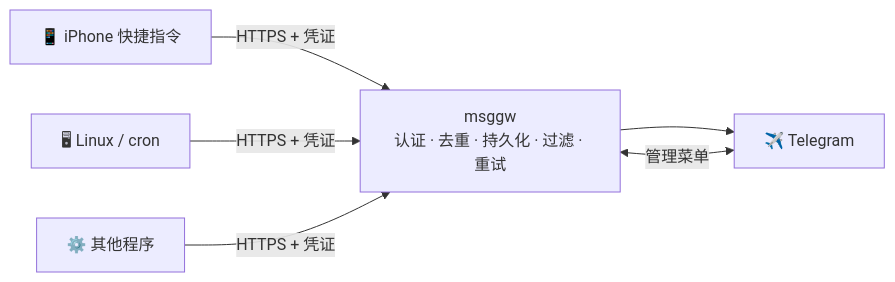
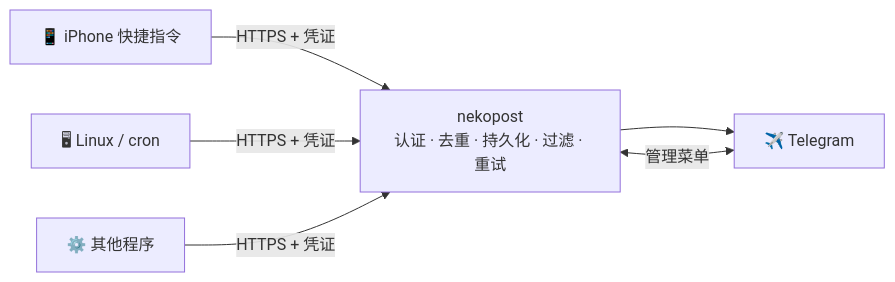
The diagram in README.zh-CN.md (imdrinkcat/nekopost), drawn with Mermaid before and after one commit. The commit also changed other lines of this file and 52 other files, not shown here.

First line of the commit message:
Rename project from msggw to Nekopost

````diff
--- a/README.zh-CN.md
+++ b/README.zh-CN.md
@@ -28,8 +28,8 @@
 ```mermaid
 flowchart LR
     A["📱 iPhone 快捷指令"] -->|HTTPS + 凭证| G
     B["🖥 Linux / cron"] -->|HTTPS + 凭证| G
     C["⚙️ 其他程序"] -->|HTTPS + 凭证| G
-    G["msggw<br/>认证 · 去重 · 持久化 · 过滤 · 重试"] --> T["✈️ Telegram"]
+    G["nekopost<br/>认证 · 去重 · 持久化 · 过滤 · 重试"] --> T["✈️ Telegram"]
     T <-->|管理菜单| G
 ```
````
